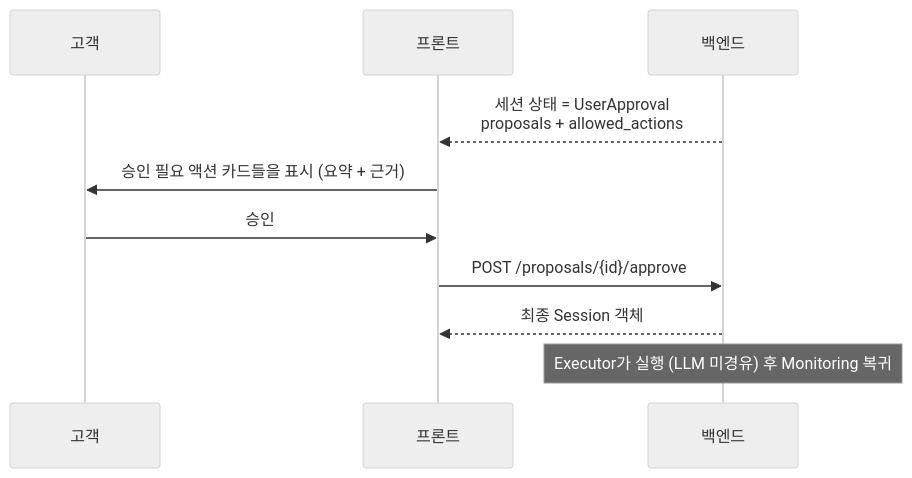
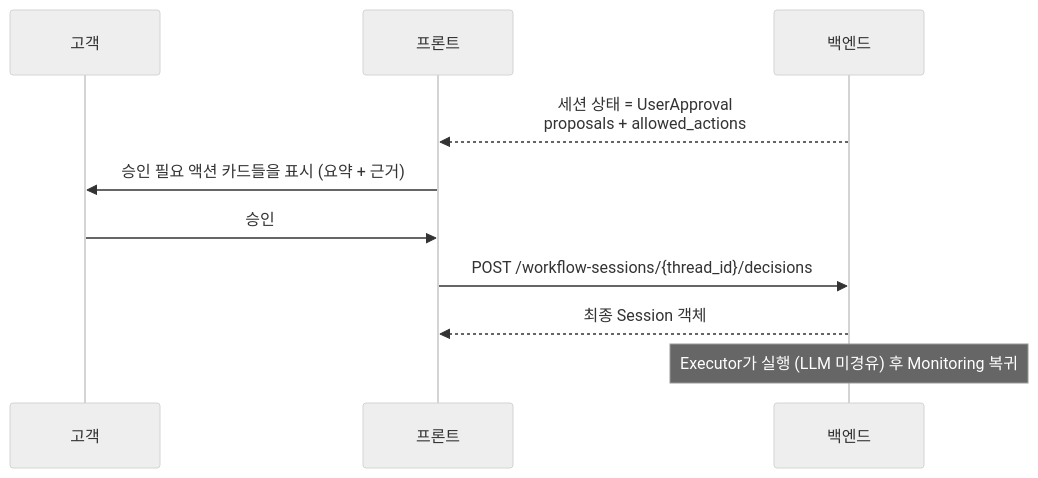
The second of 2 diagrams in README.md (YoonMin02/JB-WM-frontend), drawn with Mermaid (neutral theme) before and after one commit. The commit also changed other lines of this file and 4 other files, not shown here.

````diff
--- a/README.md
+++ b/README.md
@@ -83,13 +94,13 @@
 ```mermaid
 sequenceDiagram
     participant U as 고객
     participant FE as 프론트
     participant BE as 백엔드
 
     BE-->>FE: 세션 상태 = UserApproval<br/>proposals + allowed_actions
     FE->>U: 승인 필요 액션 카드들을 표시 (요약 + 근거)
     U->>FE: 승인
-    FE->>BE: POST /proposals/{id}/approve
+    FE->>BE: POST /workflow-sessions/{thread_id}/decisions
     BE-->>FE: 최종 Session 객체
     Note over BE: Executor가 실행 (LLM 미경유) 후 Monitoring 복귀
 ```
````
